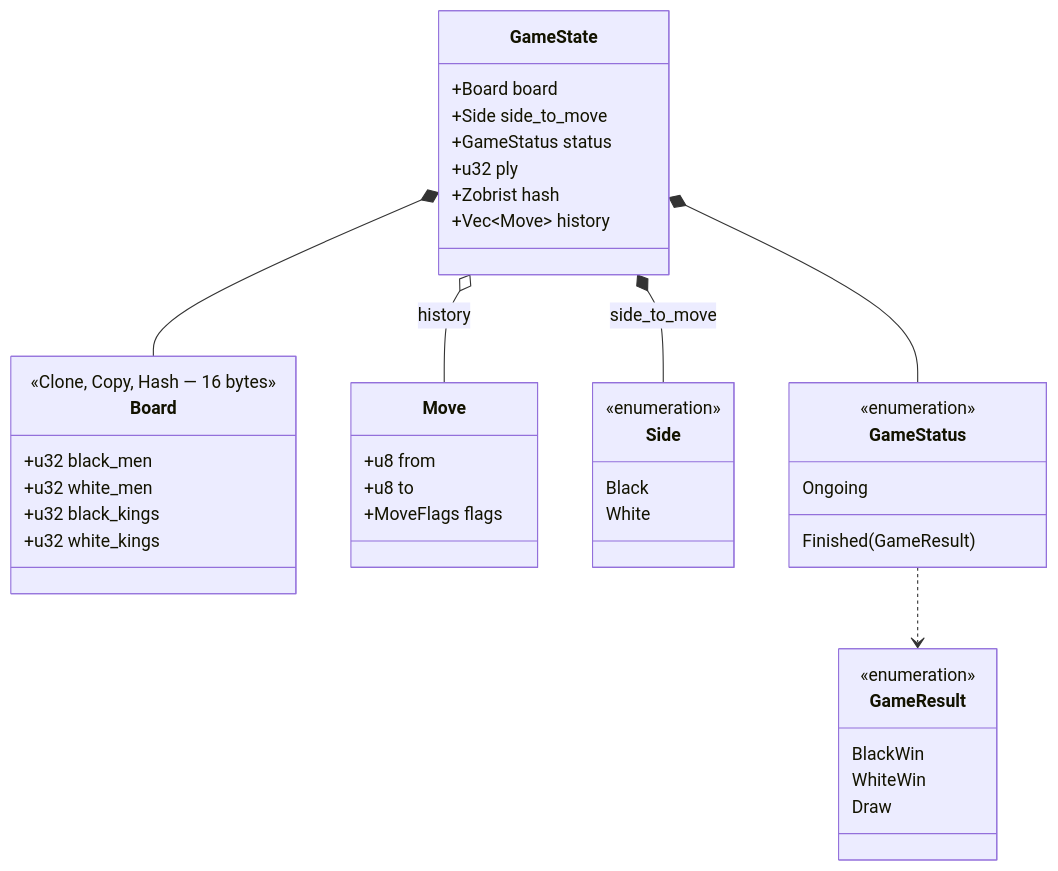
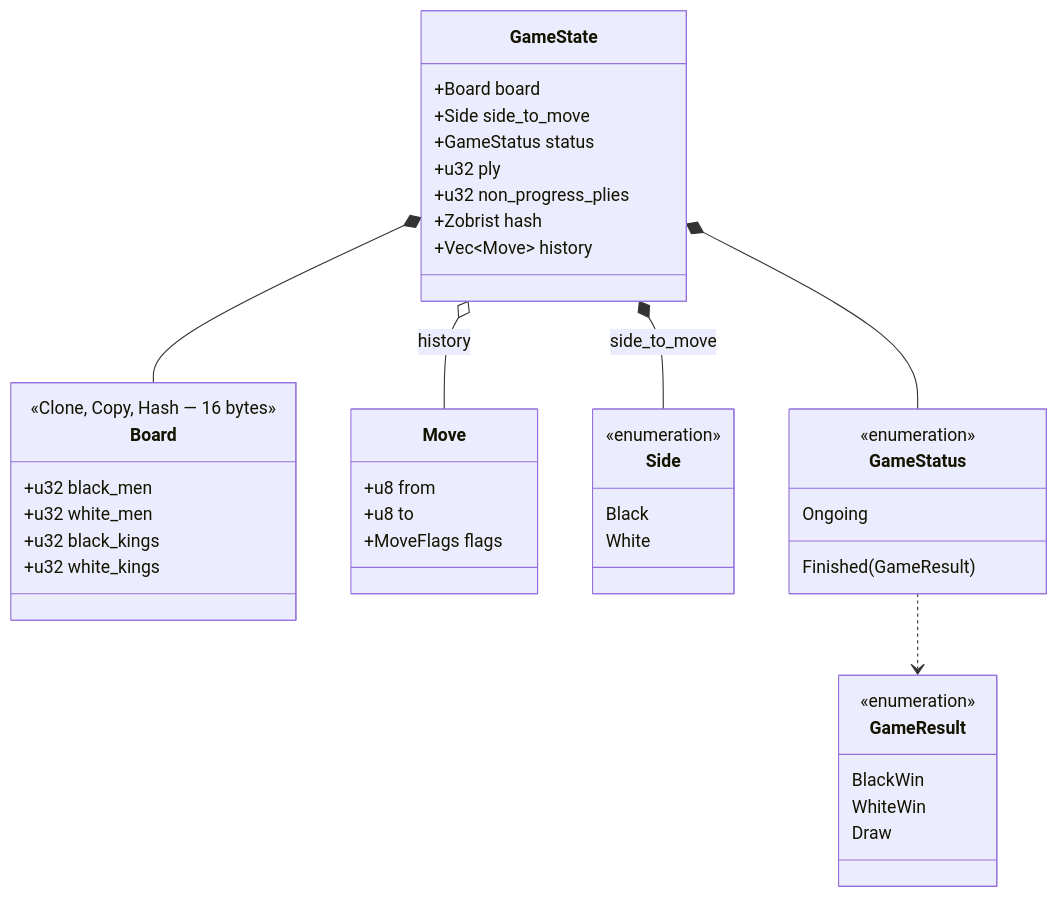
The first of 3 diagrams in docs/architecture/06-mcts-extensibility.md (garnizeh/draughts), drawn with Mermaid before and after one commit. The commit also changed other lines of this file and 27 other files, not shown here.

First line of the commit message:
Architecture 1.5: state the draw rules §5.3 always required (#102)

````diff
--- a/docs/architecture/06-mcts-extensibility.md
+++ b/docs/architecture/06-mcts-extensibility.md
@@ -21,45 +21,46 @@
 ```mermaid
 classDiagram
     class GameState {
         +Board board
         +Side side_to_move
         +GameStatus status
         +u32 ply
+        +u32 non_progress_plies
         +Zobrist hash
         +Vec~Move~ history
     }
     class Board {
         +u32 black_men
         +u32 white_men
         +u32 black_kings
         +u32 white_kings
         <<Clone, Copy, Hash — 16 bytes>>
     }
     class Move {
         +u8 from
         +u8 to
         +MoveFlags flags
     }
     class Side {
         <<enumeration>>
         Black
         White
     }
     class GameStatus {
         <<enumeration>>
         Ongoing
         Finished(GameResult)
     }
     class GameResult {
         <<enumeration>>
         BlackWin
         WhiteWin
         Draw
     }
 
     GameState *-- Board
     GameState *-- Side : side_to_move
     GameState *-- GameStatus
     GameState o-- Move : history
     GameStatus ..> GameResult
 ```
````
